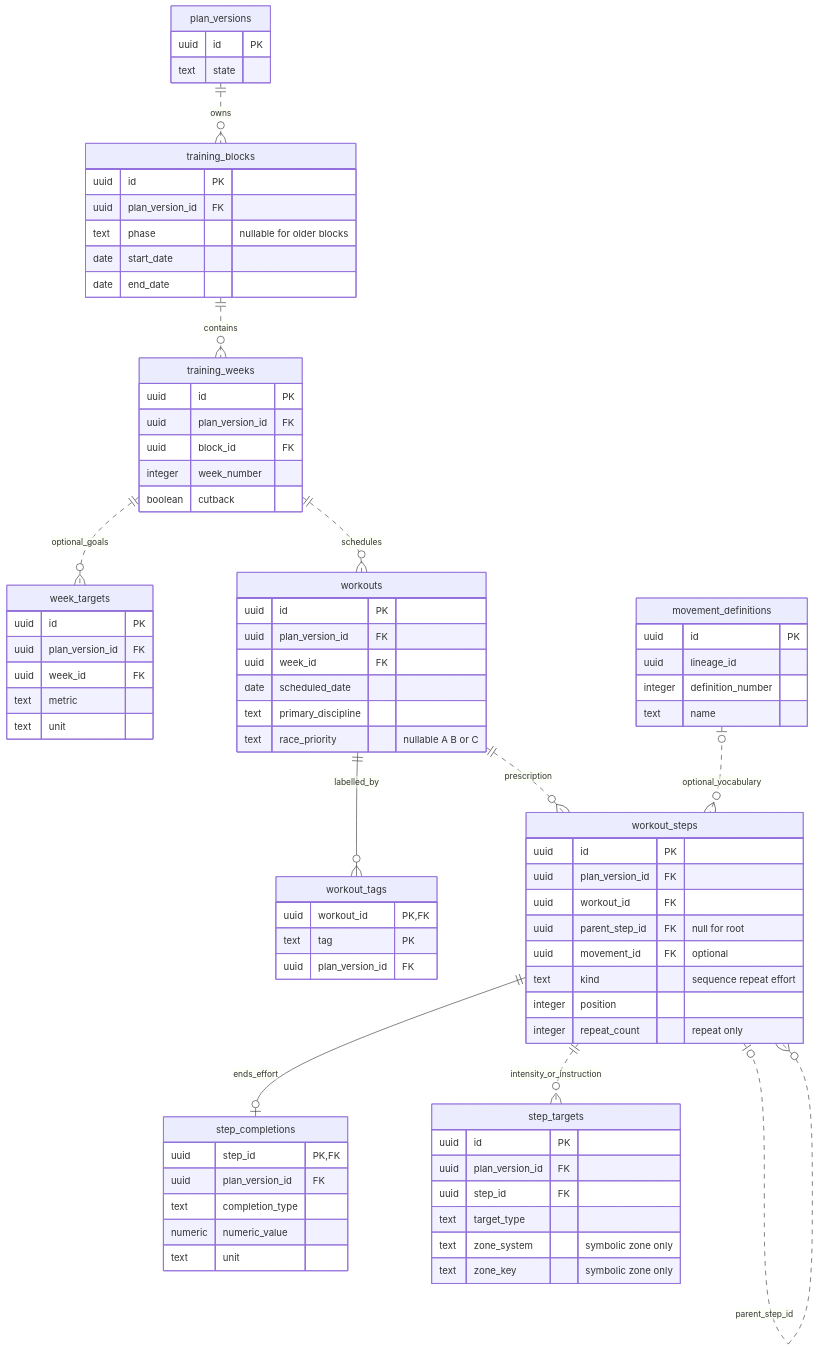
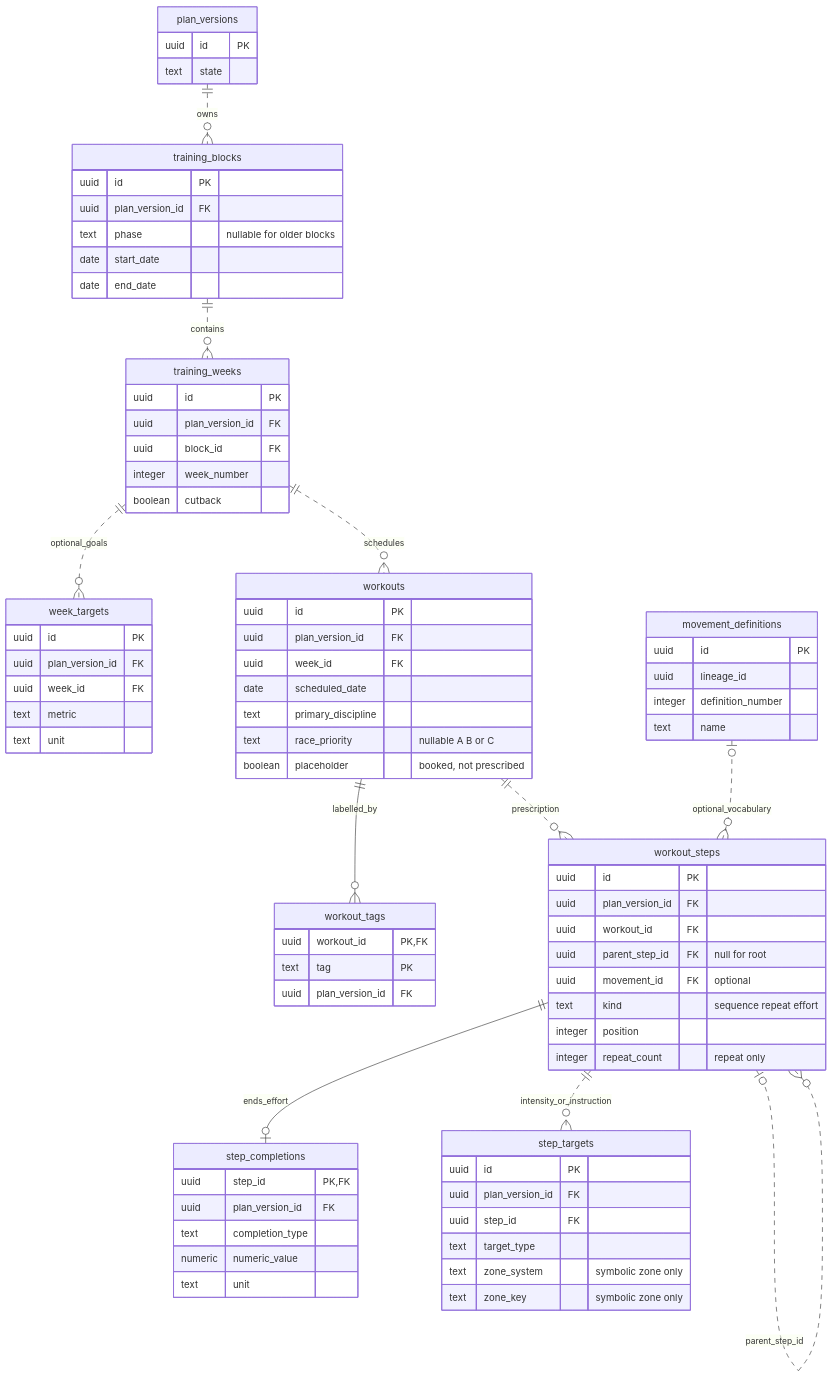
The second of 3 diagrams in docs/architecture/database-map.md (benjamingriff/askesis), drawn with Mermaid before and after one commit. The commit also changed other lines of this file and 44 other files, not shown here.

```diff
--- a/docs/architecture/database-map.md
+++ b/docs/architecture/database-map.md
@@ -156,6 +156,7 @@
         date scheduled_date
         text primary_discipline
         text race_priority "nullable A B or C"
+        boolean placeholder "booked, not prescribed"
     }
     workout_tags {
         uuid workout_id PK, FK
```
